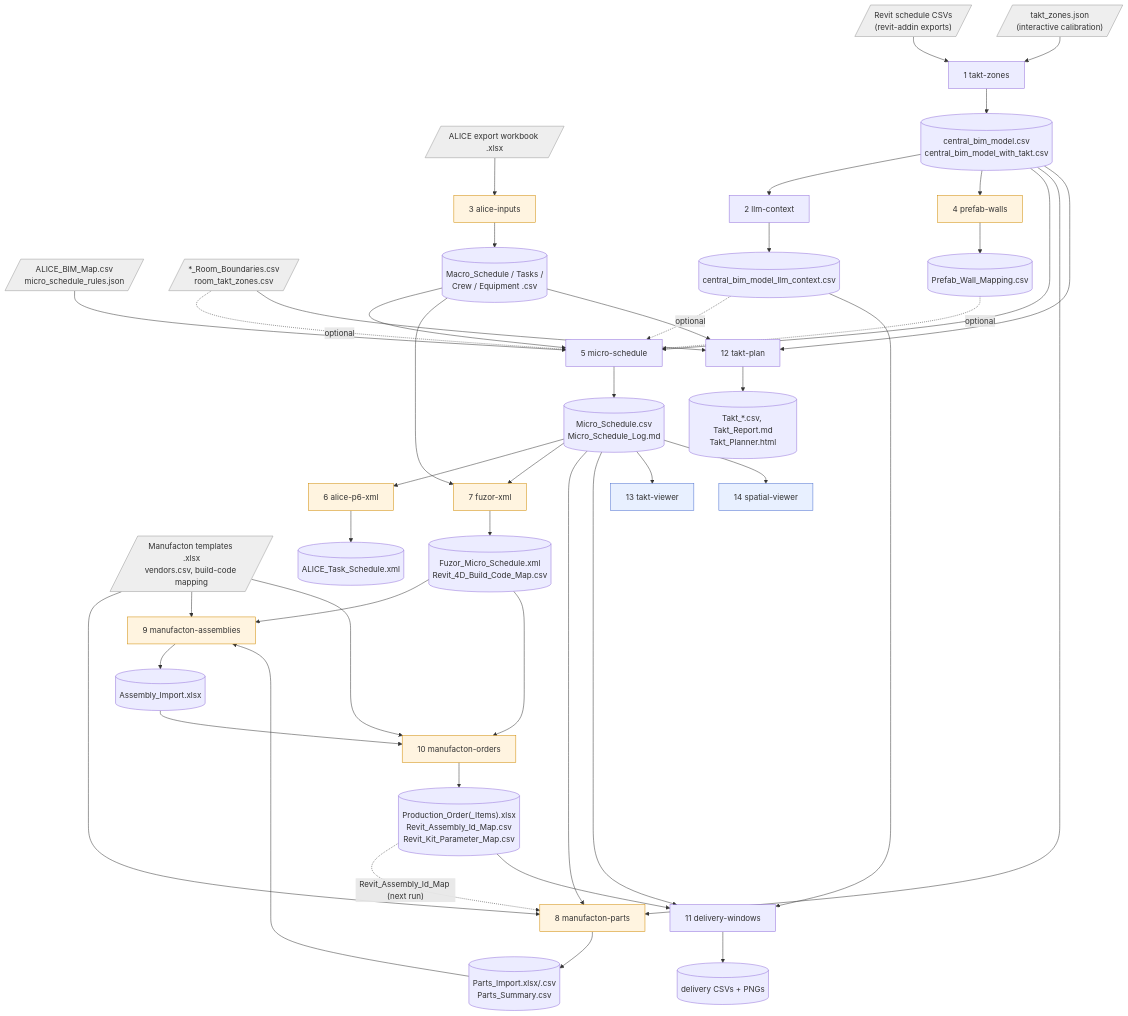
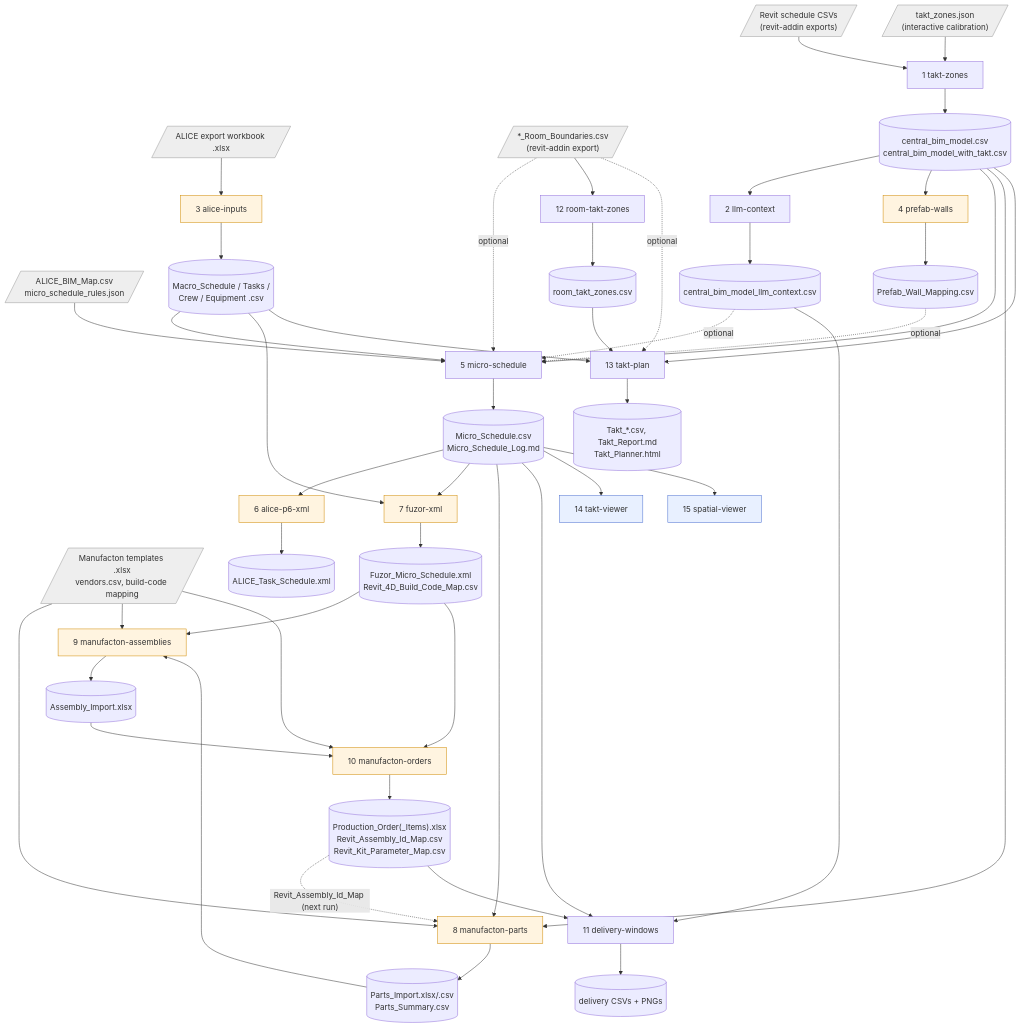
One commit to mxngl/concho changed the diagram in engines/schedule/README.md. Above: the diagram before and after it, drawn with Mermaid. The commit also changed other lines of this file and 9 other files, not shown here.

First line of the commit message:
P3B.8 fix 2: add the room-takt-zones step (generator for room_takt_zones.csv)

````diff
--- a/engines/schedule/README.md
+++ b/engines/schedule/README.md
@@ -23,46 +23,48 @@
 ```mermaid
 flowchart TD
   classDef ext fill:#eee,stroke:#999,color:#333
   classDef adapter fill:#fff4e0,stroke:#d08a00,color:#333
   classDef viewer fill:#e8f0ff,stroke:#4a6fd0,color:#333
 
   revit[/"Revit schedule CSVs<br/>(revit-addin exports)"/]:::ext
   zonesjson[/"takt_zones.json<br/>(interactive calibration)"/]:::ext
   alicexlsx[/"ALICE export workbook .xlsx"/]:::ext
   bimmap[/"ALICE_BIM_Map.csv<br/>micro_schedule_rules.json"/]:::ext
-  rooms[/"*_Room_Boundaries.csv<br/>room_takt_zones.csv"/]:::ext
+  rooms[/"*_Room_Boundaries.csv<br/>(revit-addin export)"/]:::ext
   mtpl[/"Manufacton templates .xlsx<br/>vendors.csv, build-code mapping"/]:::ext
 
   S1["1 takt-zones"] --> CB[("central_bim_model.csv<br/>central_bim_model_with_takt.csv")]
   revit --> S1
   zonesjson --> S1
   CB --> S2["2 llm-context"] --> CTX[("central_bim_model_llm_context.csv")]
   alicexlsx --> S3["3 alice-inputs"]:::adapter --> MAC[("Macro_Schedule / Tasks /<br/>Crew / Equipment .csv")]
   CB --> S4["4 prefab-walls"]:::adapter --> PWM[("Prefab_Wall_Mapping.csv")]
   MAC --> S5["5 micro-schedule"]
   bimmap --> S5
   CB --> S5
   CTX -. optional .-> S5
   PWM -. optional .-> S5
   rooms -. optional .-> S5
   S5 --> MIC[("Micro_Schedule.csv<br/>Micro_Schedule_Log.md")]
   MIC --> S6["6 alice-p6-xml"]:::adapter --> P6[("ALICE_Task_Schedule.xml")]
   MIC --> S7["7 fuzor-xml"]:::adapter --> FZ[("Fuzor_Micro_Schedule.xml<br/>Revit_4D_Build_Code_Map.csv")]
   MAC --> S7
   MIC --> S8["8 manufacton-parts"]:::adapter --> PARTS[("Parts_Import.xlsx/.csv<br/>Parts_Summary.csv")]
   CB --> S8
   PARTS --> S9["9 manufacton-assemblies"]:::adapter --> ASM[("Assembly_Import.xlsx")]
   FZ --> S9
   ASM --> S10["10 manufacton-orders"]:::adapter --> PO[("Production_Order(_Items).xlsx<br/>Revit_Assembly_Id_Map.csv<br/>Revit_Kit_Parameter_Map.csv")]
   FZ --> S10
   mtpl --> S8 & S9 & S10
   PO -. "Revit_Assembly_Id_Map (next run)" .-> S8
   MIC --> S11["11 delivery-windows"] --> DEL[("delivery CSVs + PNGs")]
   CTX --> S11
   PO --> S11
-  CB --> S12["12 takt-plan"] --> TK[("Takt_*.csv, Takt_Report.md<br/>Takt_Planner.html")]
-  MAC --> S12
-  rooms --> S12
-  MIC --> S13["13 takt-viewer"]:::viewer
-  MIC --> S14["14 spatial-viewer"]:::viewer
+  rooms --> S12["12 room-takt-zones"] --> RTZ[("room_takt_zones.csv")]
+  CB --> S13["13 takt-plan"] --> TK[("Takt_*.csv, Takt_Report.md<br/>Takt_Planner.html")]
+  RTZ --> S13
+  MAC --> S13
+  rooms -. optional .-> S13
+  MIC --> S14["14 takt-viewer"]:::viewer
+  MIC --> S15["15 spatial-viewer"]:::viewer
 ```
````
